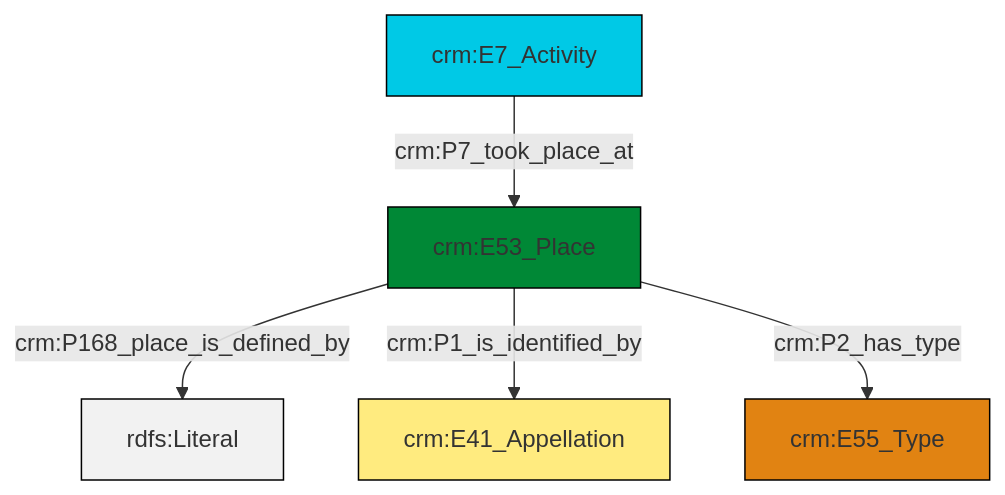
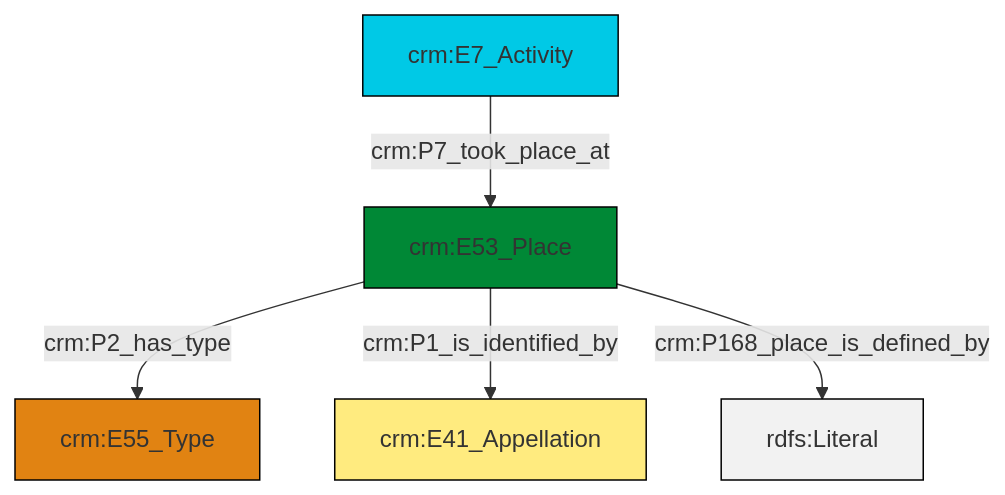
One commit to swiss-art-research-net/reference-data-models changed the diagram in et/eventCSV/ttl/mmd/event_location.ttl.mmd. Above: the diagram before and after it, drawn with Mermaid. The commit also changed 158 other files, not shown here.

```diff
--- a/et/eventCSV/ttl/mmd/event_location.ttl.mmd
+++ b/et/eventCSV/ttl/mmd/event_location.ttl.mmd
@@ -1,19 +1,19 @@
 graph TD
 classDef Literal fill:#f2f2f2,stroke:#000000;
 classDef CRM_Entity fill:#FFFFFF,stroke:#000000;
 classDef Temporal_Entity fill:#00C9E6, stroke:#000000;
 classDef Type fill:#E18312, stroke:#000000;
 classDef Time-Span fill:#2C9C91, stroke:#000000;
 classDef Appellation fill:#FFEB7F, stroke:#000000;
 classDef Place fill:#008836, stroke:#000000;
 classDef Persistent_Item fill:#B266B2, stroke:#000000;
 classDef Conceptual_Object fill:#FFD700, stroke:#000000;
 classDef Physical_Thing fill:#D2B48C, stroke:#000000;
 classDef Actor fill:#f58aad, stroke:#000000;
 classDef PC_Classes fill:#4ce600, stroke:#000000;
 classDef Multi fill:#cccccc,stroke:#000000;
 
-0["crm:E53_Place"]:::Place -->|crm:P168_place_is_defined_by| 2[rdfs:Literal]:::Literal
-0["crm:E53_Place"]:::Place -->|crm:P1_is_identified_by| 3["crm:E41_Appellation"]:::Appellation
-4["crm:E7_Activity"]:::Temporal_Entity -->|crm:P7_took_place_at| 0["crm:E53_Place"]:::Place
-0["crm:E53_Place"]:::Place -->|crm:P2_has_type| 6["crm:E55_Type"]:::Type
+0["crm:E53_Place"]:::Place -->|crm:P2_has_type| 1["crm:E55_Type"]:::Type
+0["crm:E53_Place"]:::Place -->|crm:P1_is_identified_by| 2["crm:E41_Appellation"]:::Appellation
+3["crm:E7_Activity"]:::Temporal_Entity -->|crm:P7_took_place_at| 0["crm:E53_Place"]:::Place
+0["crm:E53_Place"]:::Place -->|crm:P168_place_is_defined_by| 6[rdfs:Literal]:::Literal
```
